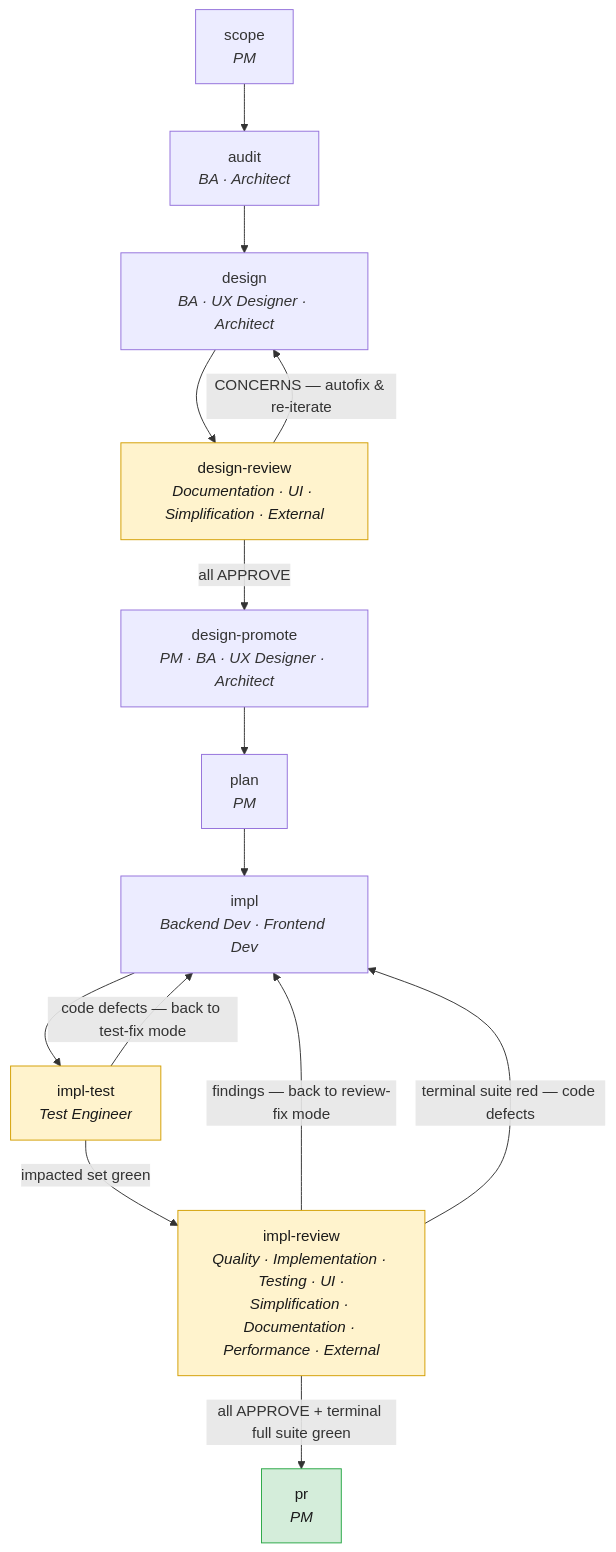
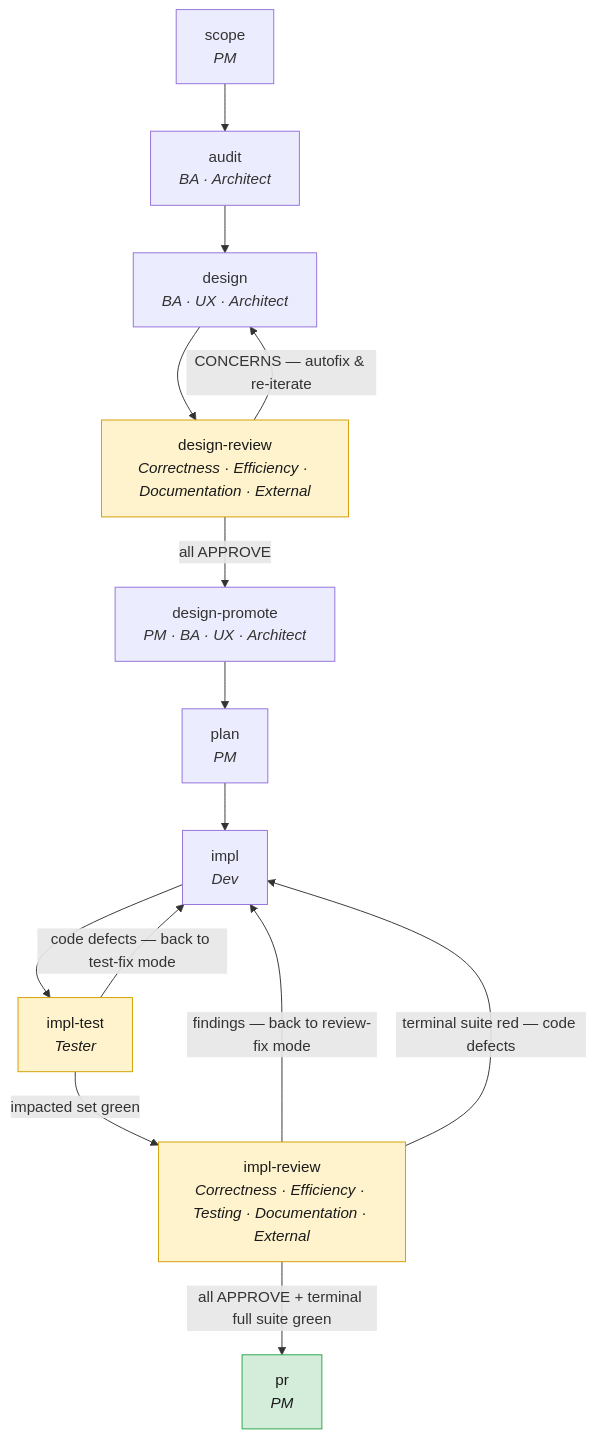
Before and after one commit to LordKuper/agentic-software-development: the diagram in README.md, drawn with Mermaid. The commit also changed other lines of this file and 9 other files, not shown here.

````diff
--- a/README.md
+++ b/README.md
@@ -124,21 +126,21 @@
 ```mermaid
 flowchart TD
     scope["scope<br/><i>PM</i>"] --> audit["audit<br/><i>BA · Architect</i>"]
-    audit --> design["design<br/><i>BA · UX Designer · Architect</i>"]
-    design --> dreview["design-review<br/><i>Documentation · UI · Simplification · External</i>"]
+    audit --> design["design<br/><i>BA · UX · Architect</i>"]
+    design --> dreview["design-review<br/><i>Correctness · Efficiency · Documentation · External</i>"]
     dreview -->|CONCERNS — autofix & re-iterate| design
-    dreview -->|all APPROVE| dpromote["design-promote<br/><i>PM · BA · UX Designer · Architect</i>"]
+    dreview -->|all APPROVE| dpromote["design-promote<br/><i>PM · BA · UX · Architect</i>"]
     dpromote --> plan["plan<br/><i>PM</i>"]
-    plan --> impl["impl<br/><i>Backend Dev · Frontend Dev</i>"]
-    impl --> itest["impl-test<br/><i>Test Engineer</i>"]
+    plan --> impl["impl<br/><i>Dev</i>"]
+    impl --> itest["impl-test<br/><i>Tester</i>"]
     itest -->|code defects — back to test-fix mode| impl
-    itest -->|impacted set green| ireview["impl-review<br/><i>Quality · Implementation · Testing · UI ·<br/>Simplification · Documentation · Performance · External</i>"]
+    itest -->|impacted set green| ireview["impl-review<br/><i>Correctness · Efficiency · Testing · Documentation · External</i>"]
     ireview -->|findings — back to review-fix mode| impl
     ireview -->|terminal suite red — code defects| impl
     ireview -->|all APPROVE + terminal full suite green| pr["pr<br/><i>PM</i>"]
 
     classDef review fill:#fff3cd,stroke:#d39e00,color:#1a1a1a;
     classDef done fill:#d4edda,stroke:#28a745,color:#1a1a1a;
     class dreview,ireview,itest review;
     class pr done;
 ```
````
